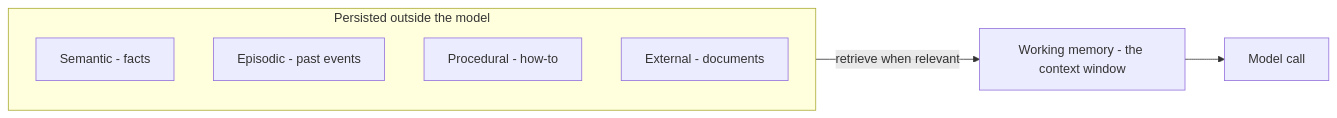
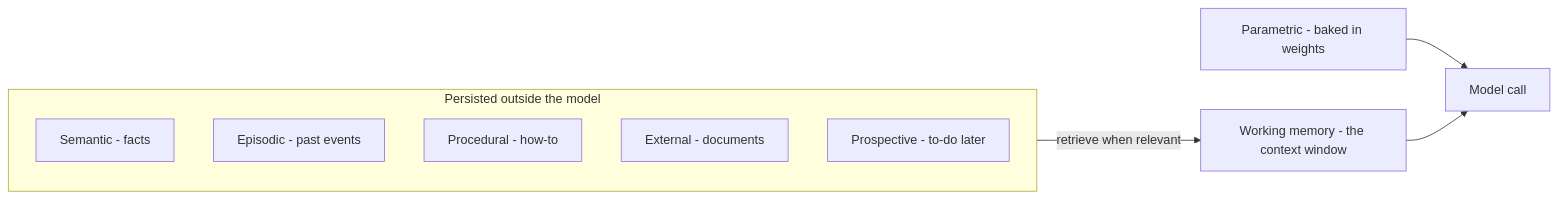
Before and after one commit to namphuongtran/ai-vault: the first of 3 diagrams in content/en/deep-dives/agent-memory.md, drawn with Mermaid. The commit also changed other lines of this file and 1 other file, not shown here.

First line of the commit message:
Agent memory: expand each of the 7 types into its own section with diagrams (EN + VI)

````diff
--- a/content/en/deep-dives/agent-memory.md
+++ b/content/en/deep-dives/agent-memory.md
@@ -20,11 +21,13 @@
 ```mermaid
 flowchart LR
-    subgraph Stores[Persisted outside the model]
+    subgraph Persisted[Persisted outside the model]
       SM[Semantic - facts]
       EM[Episodic - past events]
       PM[Procedural - how-to]
       XM[External - documents]
+      PR[Prospective - to-do later]
     end
-    Stores -->|retrieve when relevant| W[Working memory - the context window]
-    W --> LLM[Model call]
+    Persisted -->|retrieve when relevant| W[Working memory - the context window]
+    Param[Parametric - baked in weights] --> LLM[Model call]
+    W --> LLM
 ```
````
